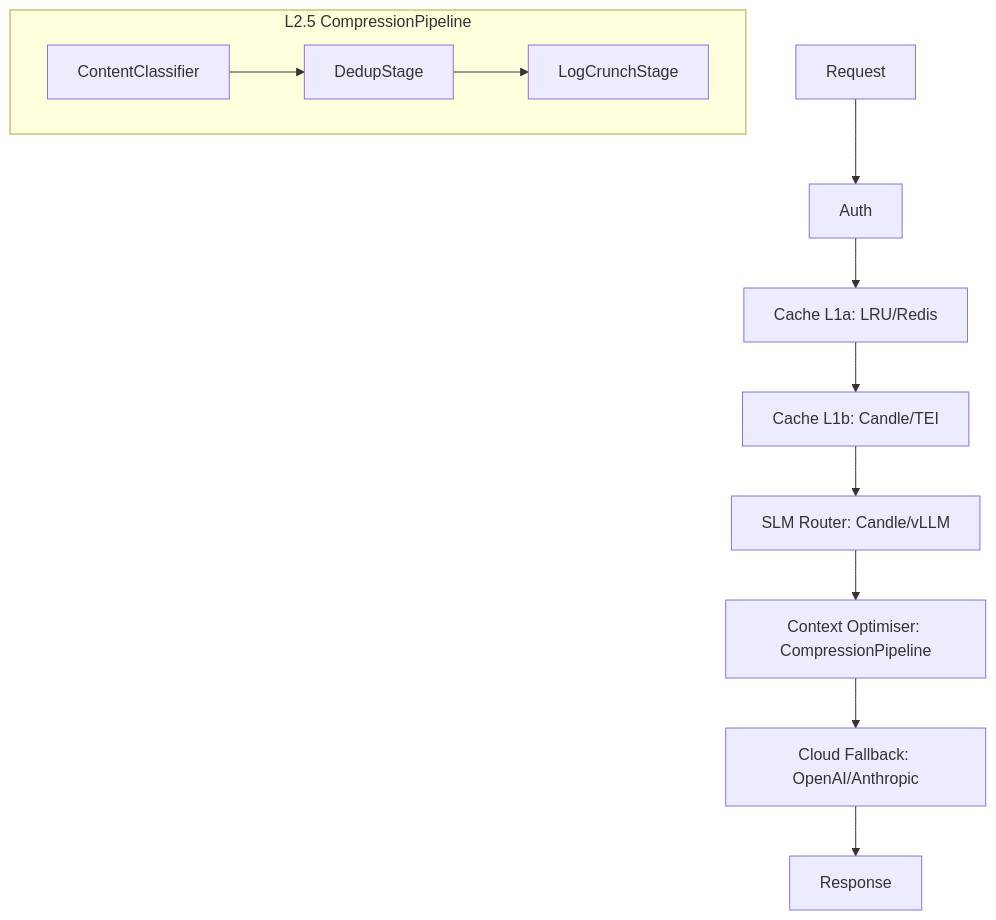
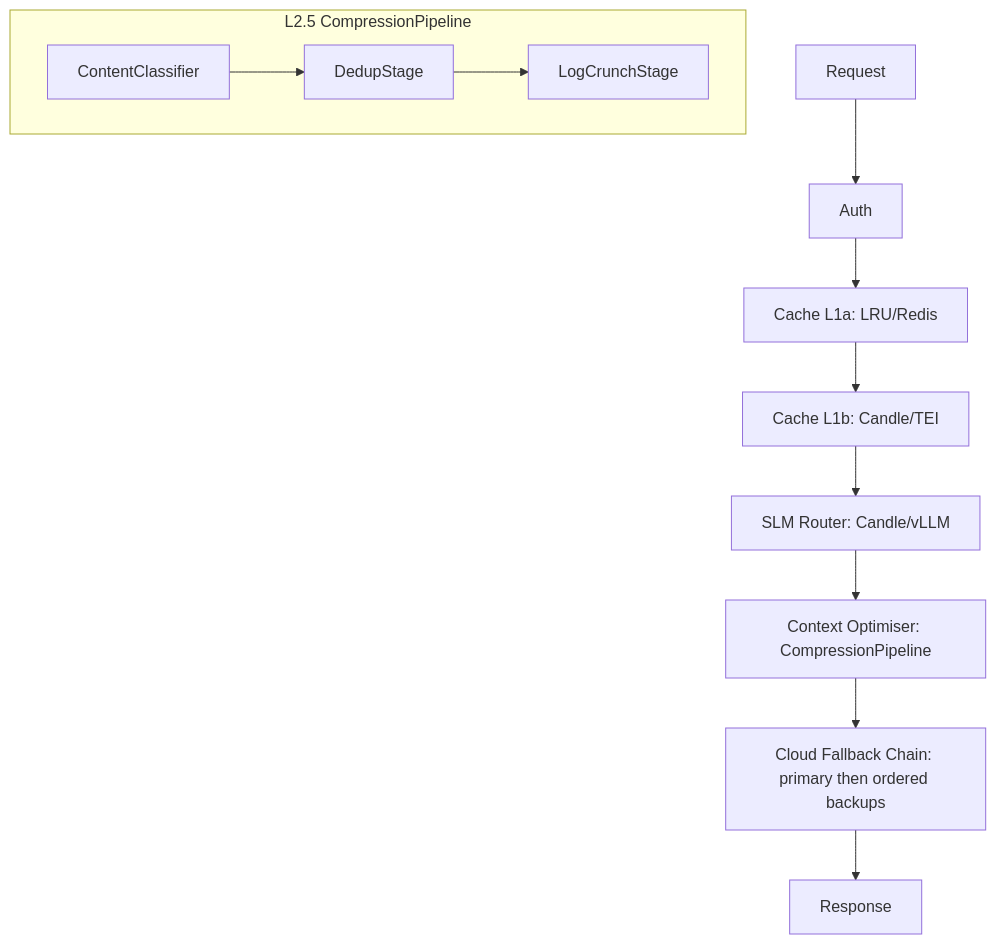
Before and after one commit to isartor-ai/Isartor: the diagram in docs-site/src/concepts/architecture.md, drawn with Mermaid. The commit also changed other lines of this file and 33 other files, not shown here.

````diff
--- a/docs-site/src/concepts/architecture.md
+++ b/docs-site/src/concepts/architecture.md
@@ -24,16 +30,16 @@
 ```mermaid
 flowchart TD
     A[Request] --> B[Auth]
     B --> C[Cache L1a: LRU/Redis]
     C --> D[Cache L1b: Candle/TEI]
     D --> E[SLM Router: Candle/vLLM]
     E --> F[Context Optimiser: CompressionPipeline]
-    F --> G[Cloud Fallback: OpenAI/Anthropic]
+    F --> G[Cloud Fallback Chain: primary then ordered backups]
     G --> H[Response]
 
     subgraph F_detail [L2.5 CompressionPipeline]
         direction LR
         F1[ContentClassifier] --> F2[DedupStage]
         F2 --> F3[LogCrunchStage]
     end
 ```
````
